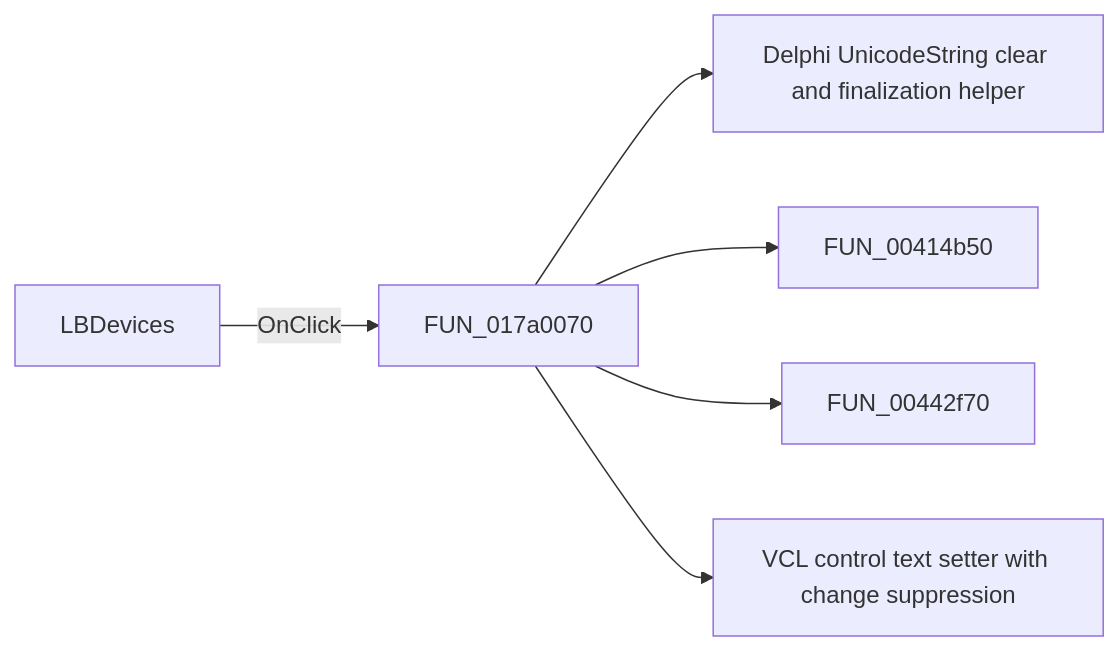
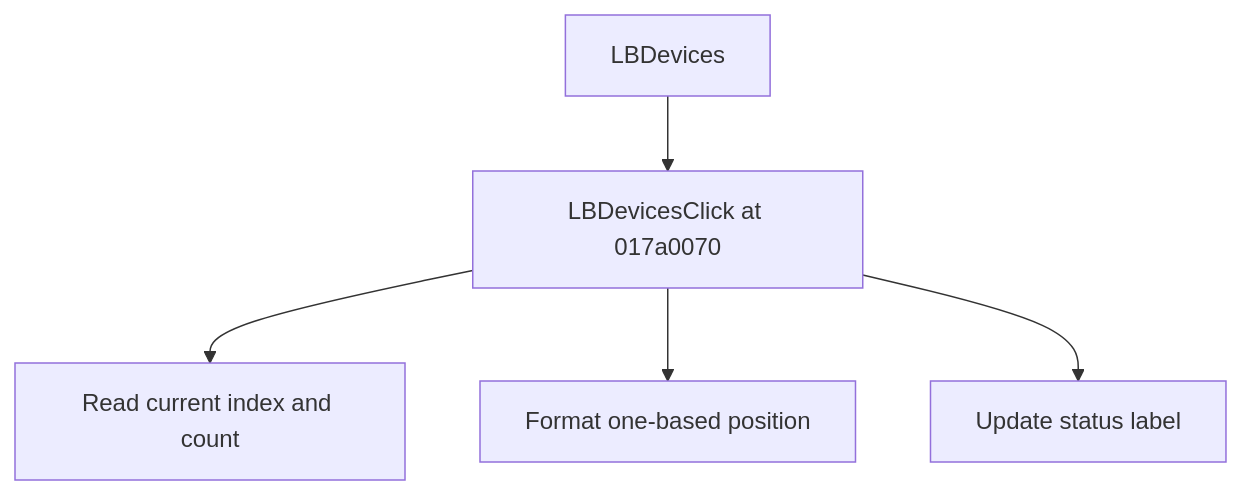
One commit to MovGP0/TIARA changed the diagram in docs/ui-controls/shapeedit/lbdevices-39c07c6951.md. Above: the diagram before and after it, drawn with Mermaid. The commit also changed other lines of this file and 1062 other files, not shown here.

````diff
--- a/docs/ui-controls/shapeedit/lbdevices-39c07c6951.md
+++ b/docs/ui-controls/shapeedit/lbdevices-39c07c6951.md
@@ -27,8 +25,7 @@
 ```mermaid
-flowchart LR
-    control["LBDevices"] -->|OnClick| handler["FUN_017a0070"]
-    handler --> call1["Delphi UnicodeString clear and finalization helper"]
-    handler --> call2["FUN_00414b50"]
-    handler --> call3["FUN_00442f70"]
-    handler --> call4["VCL control text setter with change suppression"]
+flowchart TD
+    control["LBDevices"] --> handler["LBDevicesClick at 017a0070"]
+    handler --> step1["Read current index and count"]
+    handler --> step2["Format one-based position"]
+    handler --> step3["Update status label"]
 ```
````
